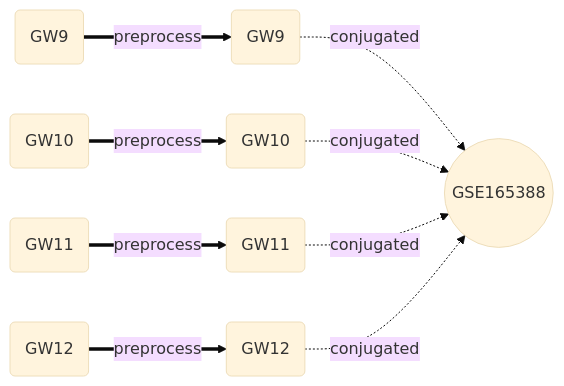
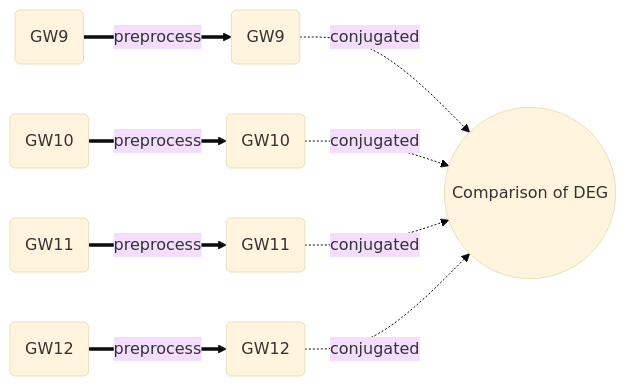
One commit to yo-aka-gene/algebra_ver822 changed the diagram in code/01-4_preprocess_gse165388/README.md. Above: the diagram before and after it, drawn with Mermaid (base theme). The commit also changed other lines of this file, not shown here.

Commit message:
:recycle: correct diagram in code/01-4*/README.md

````diff
--- a/code/01-4_preprocess_gse165388/README.md
+++ b/code/01-4_preprocess_gse165388/README.md
@@ -3,12 +3,12 @@
 ```mermaid
 graph LR
     A("GW9") =="preprocess"==> E("GW9")
     B("GW10")=="preprocess"==> F("GW10")
     C("GW11")=="preprocess"==> G("GW11")
     D("GW12")=="preprocess"==> H("GW12")
 
-    E-."conjugated".->I(("GSE165388"))
+    E-."conjugated".->I(("Comparison of DEG"))
     F-."conjugated".->I
     G-."conjugated".->I
     H-."conjugated".->I
 ```
````
